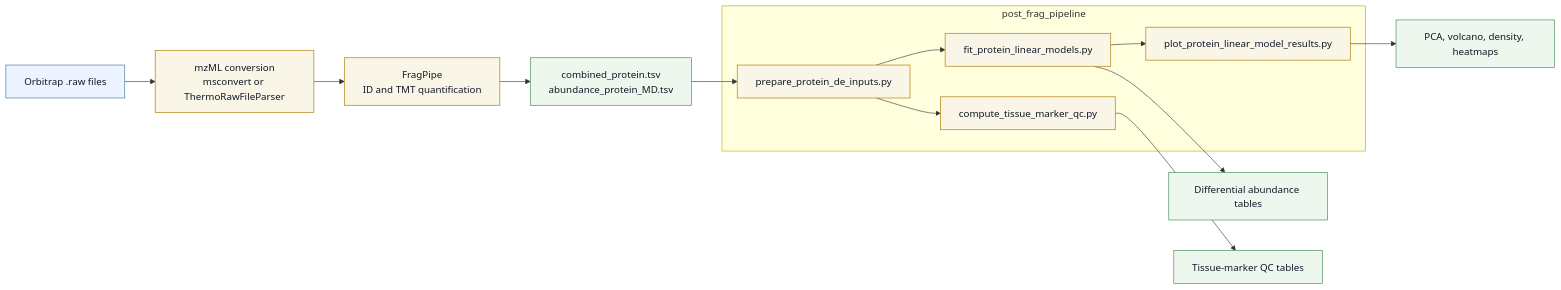
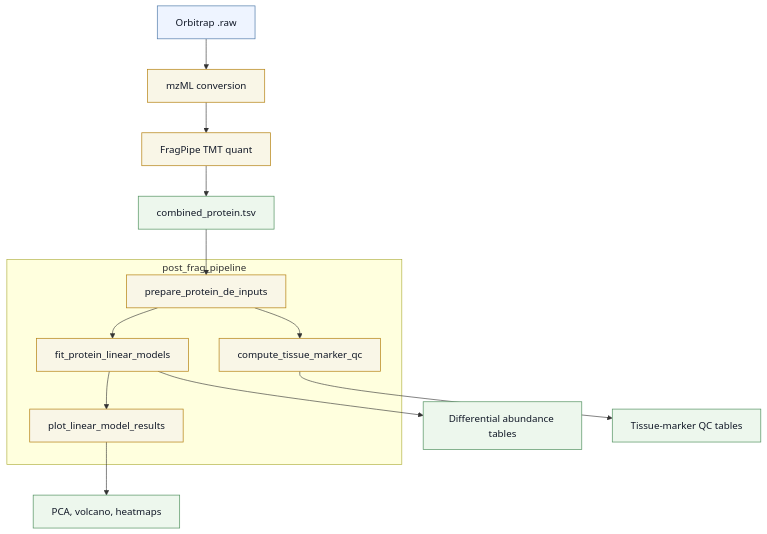
Before and after one commit to bryanlear/osd47-spaceflight-multiomics: the second of 2 diagrams in README.md, drawn with Mermaid. The commit also changed other lines of this file and 7 other files, not shown here.

First line of the commit message:
Emit Graphviz DOT text

````diff
--- a/README.md
+++ b/README.md
@@ -43,24 +57,21 @@
 ```mermaid
-flowchart LR
+flowchart TD
 	classDef input fill:#EEF4FF,stroke:#4C78A8,color:#111827,stroke-width:1.1px;
 	classDef stage fill:#F9F6E7,stroke:#B8871B,color:#111827,stroke-width:1.2px;
 	classDef output fill:#EDF7ED,stroke:#4E8F5C,color:#111827,stroke-width:1.1px;
 
-	raw[Orbitrap .raw files]:::input --> mzml[mzML conversion<br/>msconvert or ThermoRawFileParser]:::stage
-	mzml --> fragpipe[FragPipe<br/>ID and TMT quantification]:::stage
-	fragpipe --> fragout[combined_protein.tsv<br/>abundance_protein_MD.tsv]:::output
+	raw[Orbitrap .raw]:::input --> mzml[mzML conversion]:::stage
+	mzml --> fragpipe[FragPipe TMT quant]:::stage
+	fragpipe --> fragout[combined_protein.tsv]:::output
 
 	subgraph postfrag[post_frag_pipeline]
-		prep[prepare_protein_de_inputs.py]:::stage
-		fit[fit_protein_linear_models.py]:::stage
-		plot[plot_protein_linear_model_results.py]:::stage
-		qc[compute_tissue_marker_qc.py]:::stage
+		prep[prepare_protein_de_inputs]:::stage --> fit[fit_protein_linear_models]:::stage
+		prep --> qc[compute_tissue_marker_qc]:::stage
+		fit --> plot[plot_linear_model_results]:::stage
 	end
 
-	fragout --> prep --> fit
-	prep --> qc
-	fit --> plot
+	fragout --> prep
 	fit --> de[Differential abundance tables]:::output
-	plot --> figs[PCA, volcano, density, heatmaps]:::output
+	plot --> figs[PCA, volcano, heatmaps]:::output
 	qc --> markers[Tissue-marker QC tables]:::output
 ```
````
